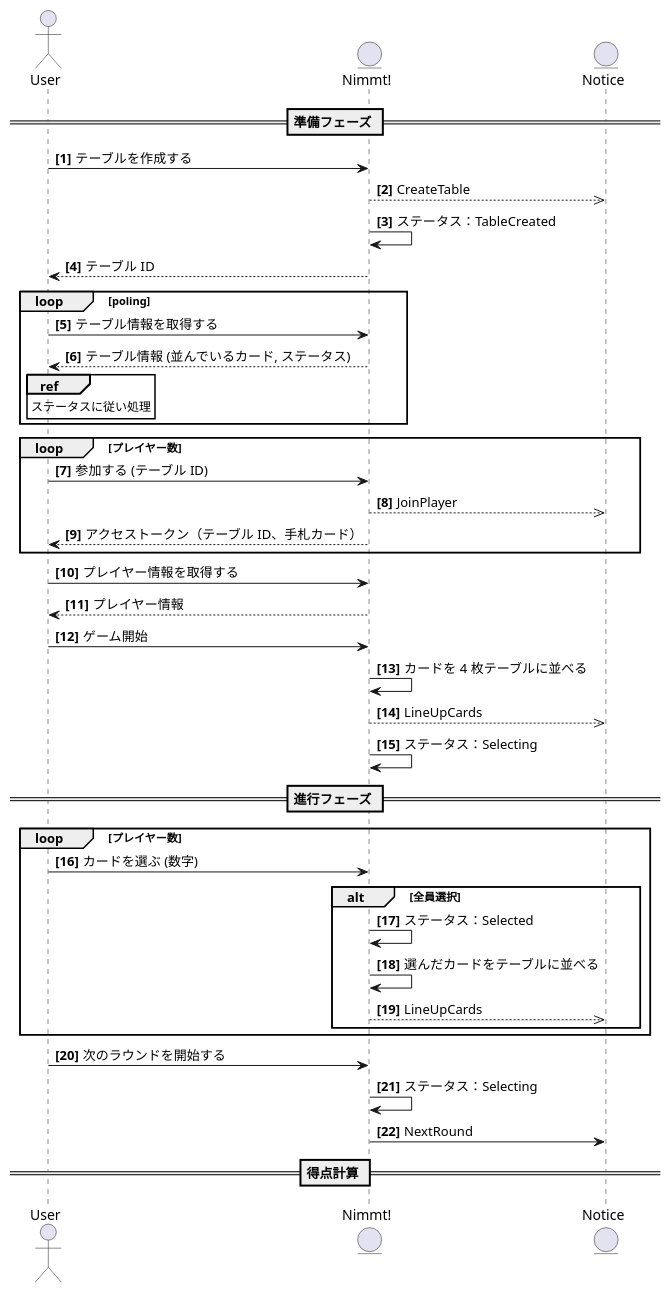
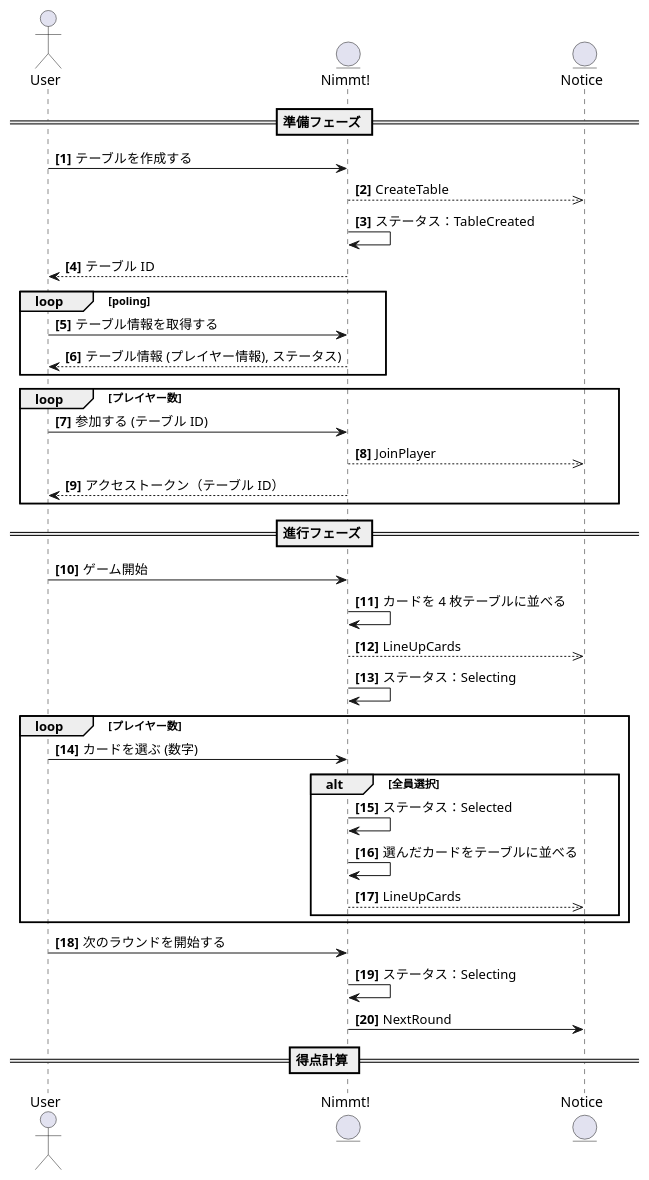
The diagram in docs/sequences/sequence.puml (nimmt/service_api), drawn with PlantUML before and after one commit. The commit also changed 3 other files, not shown here.

```diff
--- a/docs/sequences/sequence.puml
+++ b/docs/sequences/sequence.puml
@@ -1,58 +1,51 @@
 @startuml nimmt
 
 actor User as user
 entity "Nimmt!" as nimmt
 entity Notice as notice
 
 autonumber "<b>[0]"
 
 == 準備フェーズ ==
 
 user -> nimmt: テーブルを作成する
 nimmt -->> notice: CreateTable
 nimmt -> nimmt: ステータス：TableCreated
 nimmt --> user: テーブル ID
 
 loop poling
   user -> nimmt: テーブル情報を取得する
-  nimmt --> user: テーブル情報 (並んでいるカード, ステータス)
-
-  ref over user
-    ステータスに従い処理
-  end ref
+  nimmt --> user: テーブル情報 (プレイヤー情報), ステータス)
 end
 
 loop プレイヤー数
   user -> nimmt: 参加する (テーブル ID)
   nimmt -->> notice: JoinPlayer
-  nimmt --> user: アクセストークン（テーブル ID、手札カード）
+  nimmt --> user: アクセストークン（テーブル ID）
 end
 
-user -> nimmt: プレイヤー情報を取得する
-nimmt --> user: プレイヤー情報
+== 進行フェーズ ==
 
 user -> nimmt: ゲーム開始
 nimmt -> nimmt: カードを 4 枚テーブルに並べる
 nimmt -->> notice: LineUpCards
 nimmt -> nimmt: ステータス：Selecting
-
-== 進行フェーズ ==
 
 loop プレイヤー数
   user -> nimmt: カードを選ぶ (数字)
 
   alt 全員選択
     nimmt -> nimmt: ステータス：Selected
 
     nimmt -> nimmt: 選んだカードをテーブルに並べる
     nimmt -->> notice: LineUpCards
   end
 end
 
 user -> nimmt: 次のラウンドを開始する
 nimmt -> nimmt: ステータス：Selecting
 nimmt -> notice: NextRound
 
 == 得点計算 ==
 
 @enduml
```
